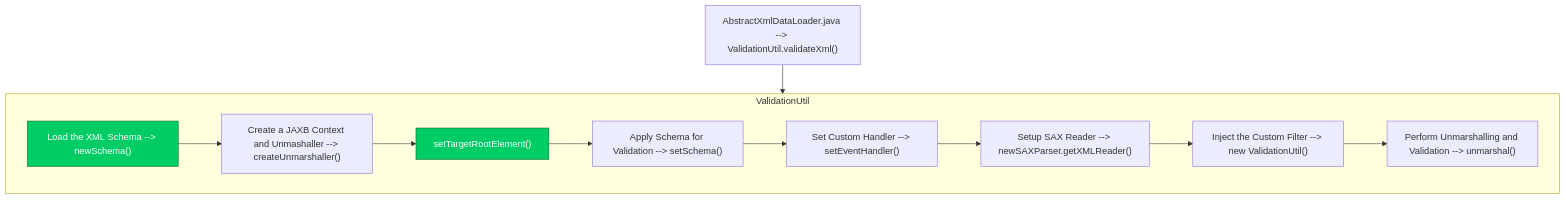
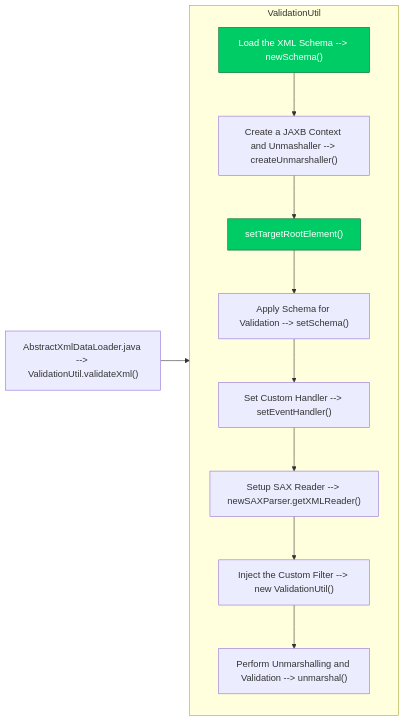
Before and after one commit to luthfiadityaa/SimeDarby-Wiki: the eighth of 8 diagrams in Basic-Design/Host-Interfaces.md, drawn with Mermaid.

Commit message:
Updated Host Interfaces

```diff
--- a/Basic-Design/Host-Interfaces.md
+++ b/Basic-Design/Host-Interfaces.md
@@ -637,22 +637,22 @@
 ::: mermaid
-flowchart TD
+flowchart LR
  C1["AbstractXmlDataLoader.java --> ValidationUtil.validateXml()"]
  C1 --> ValidationUtil
 
 subgraph ValidationUtil
  C2 --> C3 --> C4 --> C5 --> C6 --> C7 --> C8 --> C9
  C2["Load the XML Schema --> newSchema()"]
  C3["Create a JAXB Context and Unmashaller --> createUnmarshaller()"]
  C4["setTargetRootElement()"]
  C5["Apply Schema for Validation --> setSchema()"]
  C6["Set Custom Handler --> setEventHandler()"]
  C7["Setup SAX Reader --> newSAXParser.getXMLReader()"]
  C8["Inject the Custom Filter --> new ValidationUtil()"]
  C9["Perform Unmarshalling and Validation --> unmarshal()"]
 end
 
 click C2 "https://dev.azure.com/Daifuku-SW/ID_SimeDarbyPlantation/_wiki/wikis/ID_SimeDarbyPlantation.wiki/833/Host-Interfaces?anchor=stage-5"
 click C4 "https://dev.azure.com/Daifuku-SW/ID_SimeDarbyPlantation/_wiki/wikis/ID_SimeDarbyPlantation.wiki/833/Host-Interfaces?anchor=stage-4"
 style C2 fill:#00cc66,stroke:#006633,color:#ffffff
 style C4 fill:#00cc66,stroke:#006633,color:#ffffff
 :::
```
